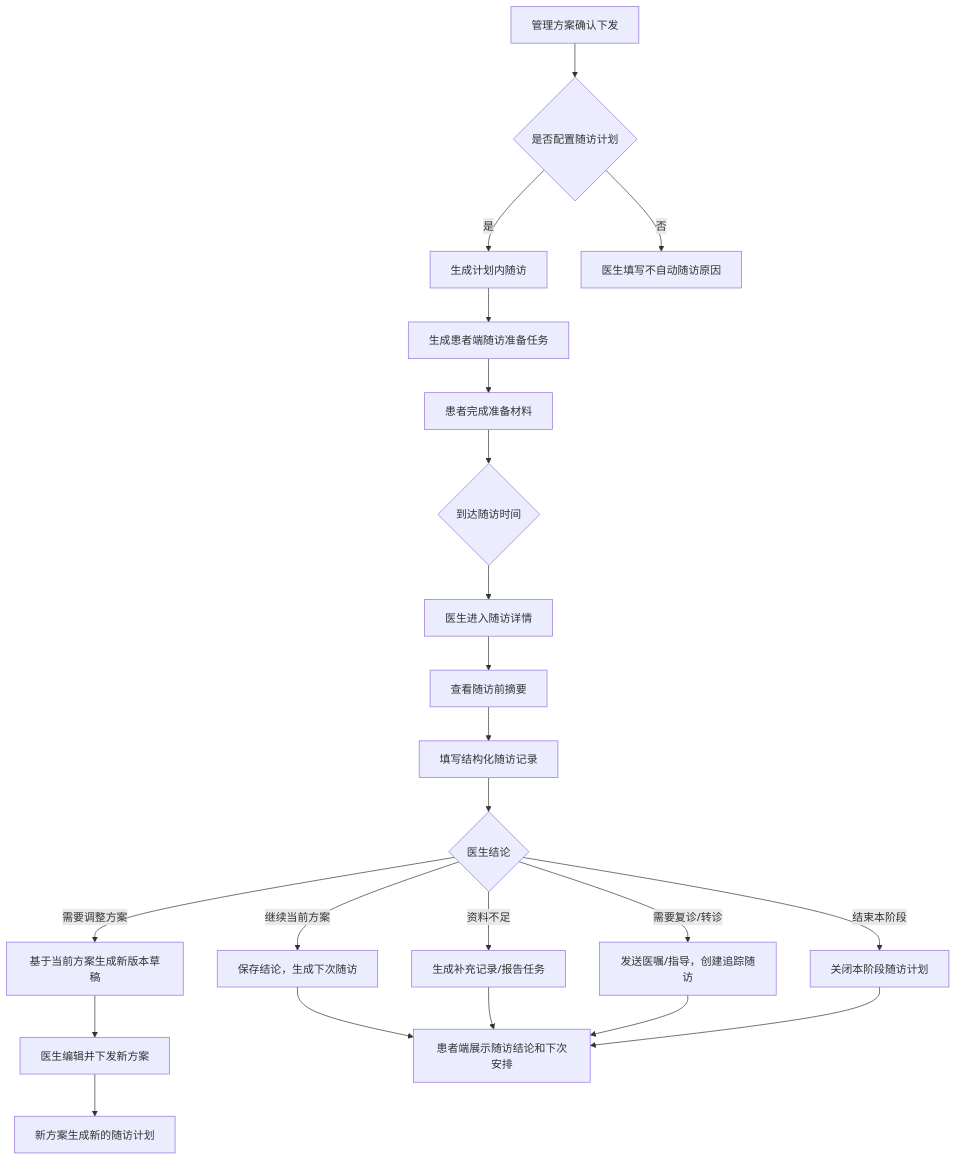
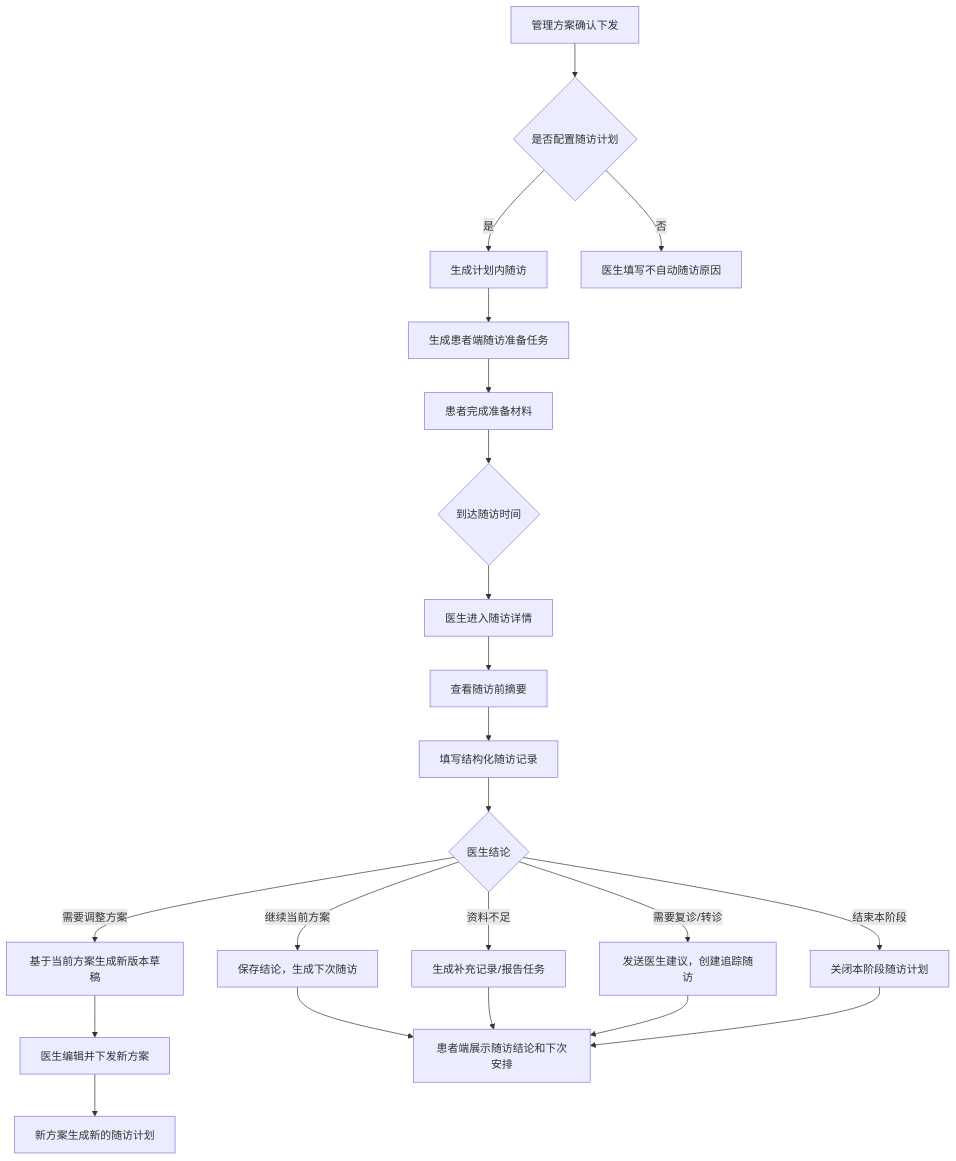
The fifth of 7 diagrams in docs/医生PC端PRD.md (supersuperman666/twin), drawn with Mermaid before and after one commit. The commit also changed other lines of this file, not shown here.

````diff
--- a/docs/医生PC端PRD.md
+++ b/docs/医生PC端PRD.md
@@ -1959,29 +1959,29 @@
 ```mermaid
 flowchart TD
   A["管理方案确认下发"] --> B{"是否配置随访计划"}
   B -->|是| C["生成计划内随访"]
   B -->|否| D["医生填写不自动随访原因"]
 
   C --> E["生成患者端随访准备任务"]
   E --> F["患者完成准备材料"]
   F --> G{"到达随访时间"}
 
   G --> H["医生进入随访详情"]
   H --> I["查看随访前摘要"]
   I --> J["填写结构化随访记录"]
 
   J --> K{"医生结论"}
   K -->|继续当前方案| L["保存结论，生成下次随访"]
   K -->|需要调整方案| M["基于当前方案生成新版本草稿"]
   K -->|资料不足| N["生成补充记录/报告任务"]
-  K -->|需要复诊/转诊| O["发送医嘱/指导，创建追踪随访"]
+  K -->|需要复诊/转诊| O["发送医生建议，创建追踪随访"]
   K -->|结束本阶段| P["关闭本阶段随访计划"]
 
   M --> Q["医生编辑并下发新方案"]
   Q --> R["新方案生成新的随访计划"]
 
   L --> S["患者端展示随访结论和下次安排"]
   N --> S
   O --> S
   P --> S
 ```
````
